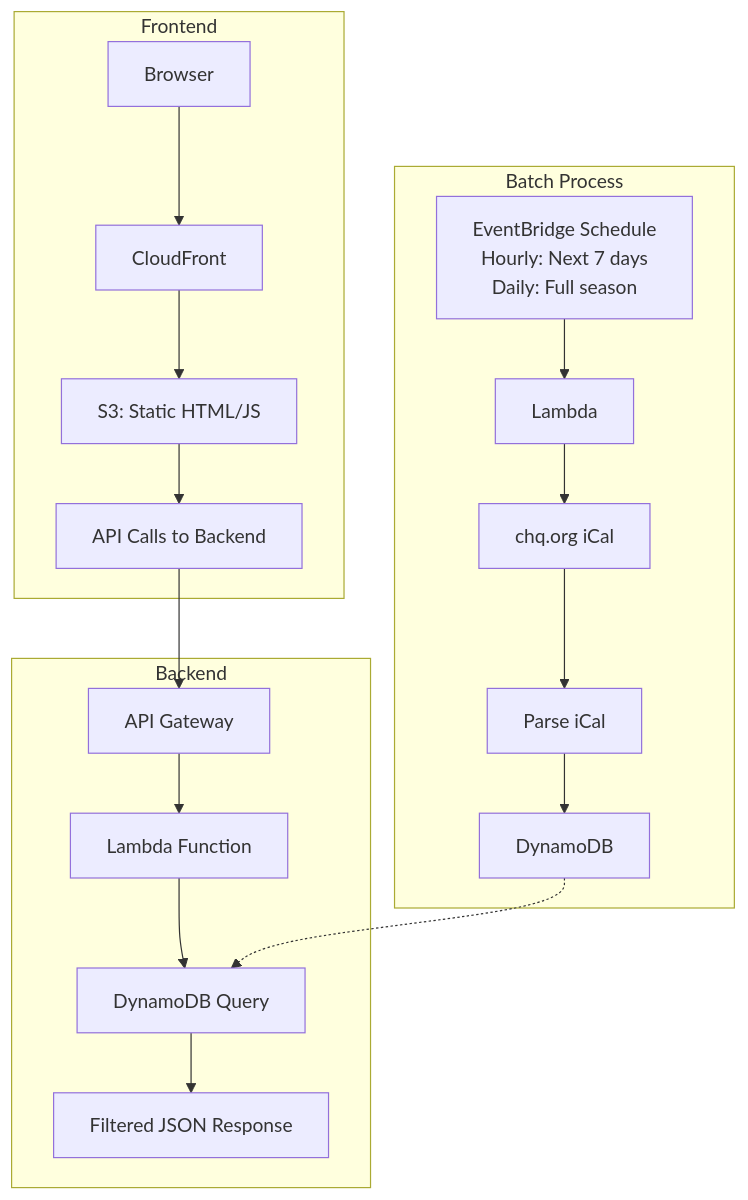
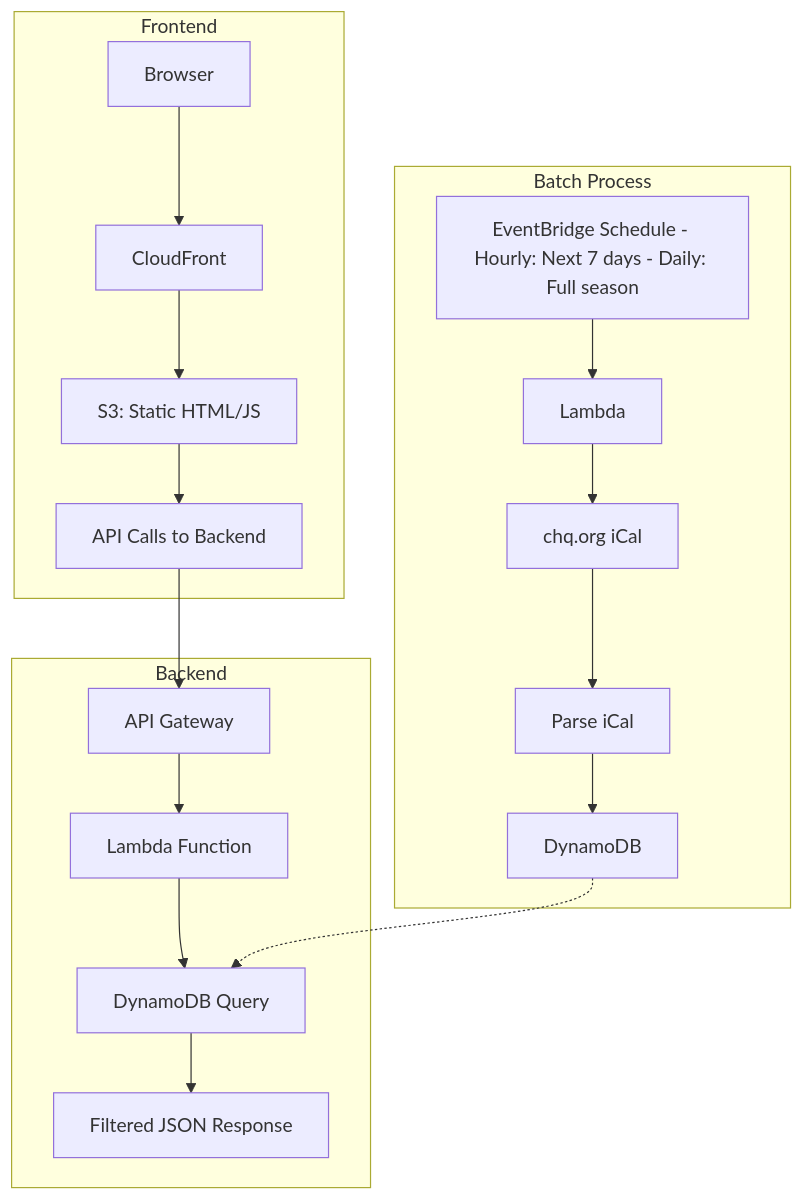
Before and after one commit to bbernstein/chq-calendar: the first of 8 diagrams in docs/DEVELOPMENT_HISTORY.md, drawn with Mermaid. The commit also changed other lines of this file, not shown here.

First line of the commit message:
Remove HTML <br/> tags from Mermaid diagrams for GitHub compatibility

````diff
--- a/docs/DEVELOPMENT_HISTORY.md
+++ b/docs/DEVELOPMENT_HISTORY.md
@@ -19,24 +19,24 @@
 ```mermaid
 graph TB
     subgraph Frontend
         Browser[Browser] --> CF1[CloudFront]
         CF1 --> S3HTML[S3: Static HTML/JS]
         S3HTML --> APICall[API Calls to Backend]
     end
     
     subgraph Backend
         APICall --> APIGW[API Gateway]
         APIGW --> Lambda1[Lambda Function]
         Lambda1 --> DDB1[DynamoDB Query]
         DDB1 --> FilteredJSON[Filtered JSON Response]
     end
     
     subgraph BatchProcess[Batch Process]
-        Schedule[EventBridge Schedule<br/>Hourly: Next 7 days<br/>Daily: Full season] --> Lambda2[Lambda]
+        Schedule[EventBridge Schedule - Hourly: Next 7 days - Daily: Full season] --> Lambda2[Lambda]
         Lambda2 --> iCal[chq.org iCal]
         iCal --> Parse[Parse iCal]
         Parse --> DDB2[DynamoDB]
     end
     
     DDB2 -.-> DDB1
 ```
````
